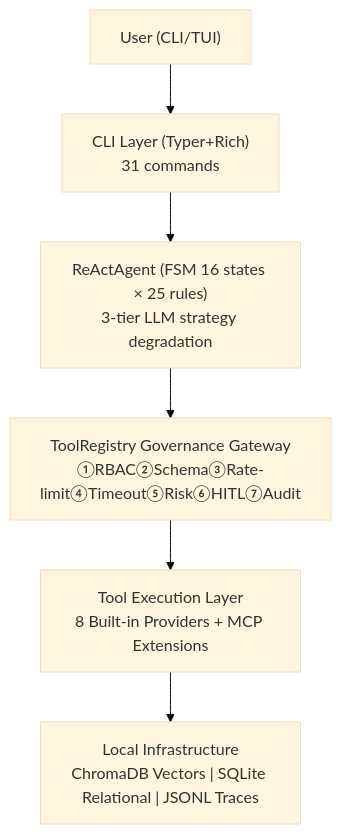
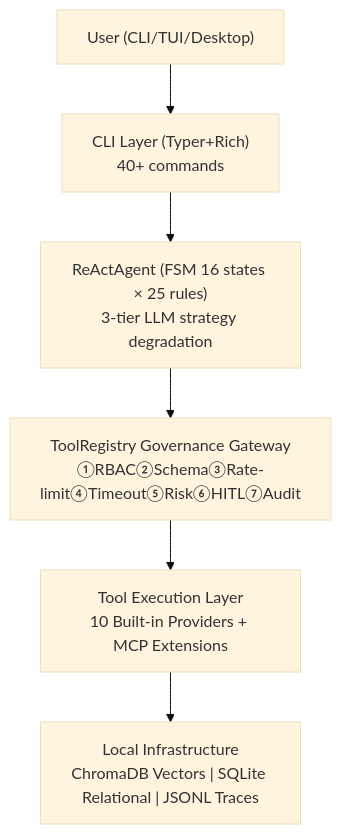
Before and after one commit to paipaipai666/agent-nexus: the diagram in wiki/Home.en.md, drawn with Mermaid (base theme). The commit also changed other lines of this file and 15 other files, not shown here.

````diff
--- a/wiki/Home.en.md
+++ b/wiki/Home.en.md
@@ -12,8 +12,8 @@
 ```mermaid
 graph TD
-    User["User (CLI/TUI)"] --> CLI["CLI Layer (Typer+Rich)<br>31 commands"]
+    User["User (CLI/TUI/Desktop)"] --> CLI["CLI Layer (Typer+Rich)<br>40+ commands"]
     CLI --> ReAct["ReActAgent (FSM 16 states × 25 rules)<br>3-tier LLM strategy degradation"]
     ReAct --> Gate["ToolRegistry Governance Gateway<br>①RBAC②Schema③Rate-limit④Timeout⑤Risk⑥HITL⑦Audit"]
-    Gate --> Tools["Tool Execution Layer<br>8 Built-in Providers + MCP Extensions"]
+    Gate --> Tools["Tool Execution Layer<br>10 Built-in Providers + MCP Extensions"]
     Tools --> Local["Local Infrastructure<br>ChromaDB Vectors | SQLite Relational | JSONL Traces"]
 ```
````
